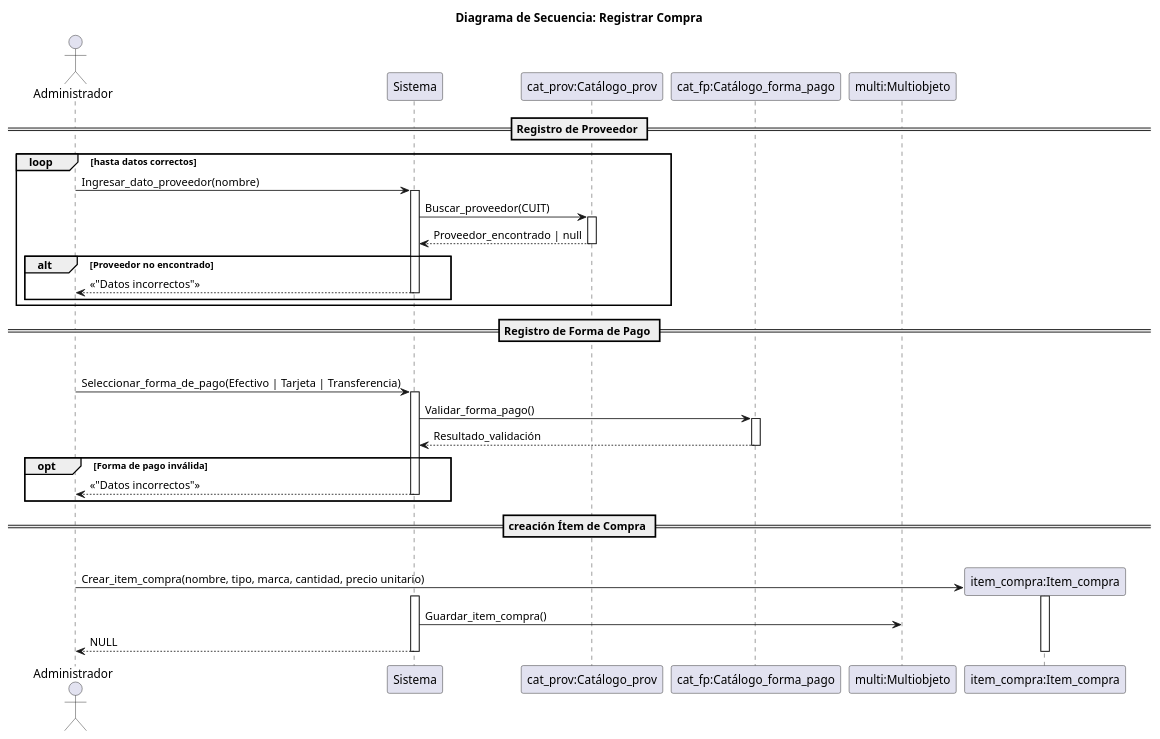
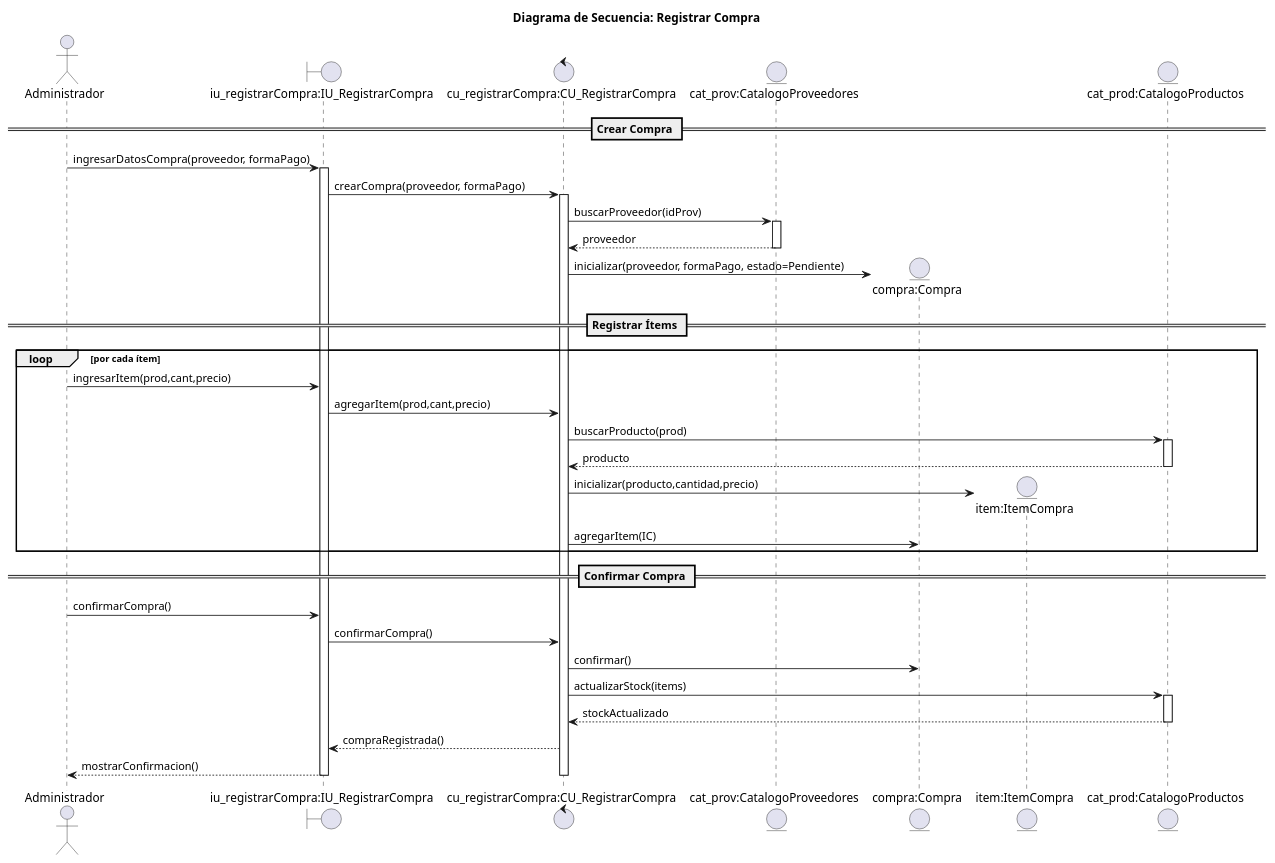
One commit to Luci1274/PPI_Proyecto_gomeria changed the diagram in 08-Diagrama-secuencia/02_Registrar_compra.puml. Above: the diagram before and after it, drawn with PlantUML. The commit also changed 21 other files, not shown here.

Commit message:
Modificacion en mis casos de uso y diagramas de secuencia correspondientes

```diff
--- a/08-Diagrama-secuencia/02_Registrar_compra.puml
+++ b/08-Diagrama-secuencia/02_Registrar_compra.puml
@@ -1,51 +1,61 @@
-@startuml compra
+@startuml registrar_compra
 
 title Diagrama de Secuencia: Registrar Compra
 
 actor Administrador
-participant Sistema
-participant "cat_prov:Catálogo_prov" as Cat_prov
-participant "cat_fp:Catálogo_forma_pago" as Cat_fp
-participant "multi:Multiobjeto" as MULT
+boundary "iu_registrarCompra:IU_RegistrarCompra" as IU
+control "cu_registrarCompra:CU_RegistrarCompra" as CU
+entity "cat_prov:CatalogoProveedores" as CP
+entity "compra:Compra" as C
+entity "item:ItemCompra" as IC
+entity "cat_prod:CatalogoProductos" as PROD
 
-== Registro de Proveedor ==
-loop hasta datos correctos
-    Administrador -> Sistema: Ingresar_dato_proveedor(nombre)
-    activate Sistema
-    Sistema -> Cat_prov: Buscar_proveedor(CUIT)
-    activate Cat_prov
-    Cat_prov --> Sistema: Proveedor_encontrado | null
-    deactivate Cat_prov
+== Crear Compra ==
+Administrador -> IU: ingresarDatosCompra(proveedor, formaPago)
+activate IU
 
-    alt Proveedor no encontrado
-        Sistema --> Administrador: <<"Datos incorrectos">>
-        deactivate Sistema
-    end    
+IU -> CU: crearCompra(proveedor, formaPago)
+activate CU
+
+CU -> CP: buscarProveedor(idProv)
+activate CP
+CP --> CU: proveedor
+deactivate CP
+
+create C
+CU -> C: inicializar(proveedor, formaPago, estado=Pendiente)
+
+== Registrar Ítems ==
+loop por cada ítem
+    Administrador -> IU: ingresarItem(prod,cant,precio)
+    IU -> CU: agregarItem(prod,cant,precio)
+
+    CU -> PROD: buscarProducto(prod)
+    activate PROD
+    PROD --> CU: producto
+    deactivate PROD
+
+    create IC
+    CU -> IC: inicializar(producto,cantidad,precio)
+
+    CU -> C: agregarItem(IC)
 end
 
-== Registro de Forma de Pago ==
-loop hasta seleccion valid
-Administrador -> Sistema:Seleccionar_forma_de_pago(Efectivo | Tarjeta | Transferencia)
-activate Sistema
-Sistema -> Cat_fp: Validar_forma_pago()
-activate Cat_fp
-Cat_fp --> Sistema: Resultado_validación
-deactivate Cat_fp
+== Confirmar Compra ==
+Administrador -> IU: confirmarCompra()
+IU -> CU: confirmarCompra()
 
-opt Forma de pago inválida
-    Sistema --> Administrador: <<"Datos incorrectos">>
-    deactivate Sistema
-end
+CU -> C: confirmar()
 
+CU -> PROD: actualizarStock(items)
+activate PROD
+PROD --> CU: stockActualizado
+deactivate PROD
 
-== creación Ítem de Compra ==
-loop tantas veces como se desee
-    create "item_compra:Item_compra" as IC
-    Administrador -> IC: Crear_item_compra(nombre, tipo, marca, cantidad, precio unitario)
-    activate IC
-    activate Sistema
-    Sistema -> MULT: Guardar_item_compra()
-    Sistema --> Administrador: NULL
-    deactivate Sistema
-    deactivate IC
+CU --> IU: compraRegistrada()
+IU --> Administrador: mostrarConfirmacion()
+
+deactivate CU
+deactivate IU
+
 @enduml
```
